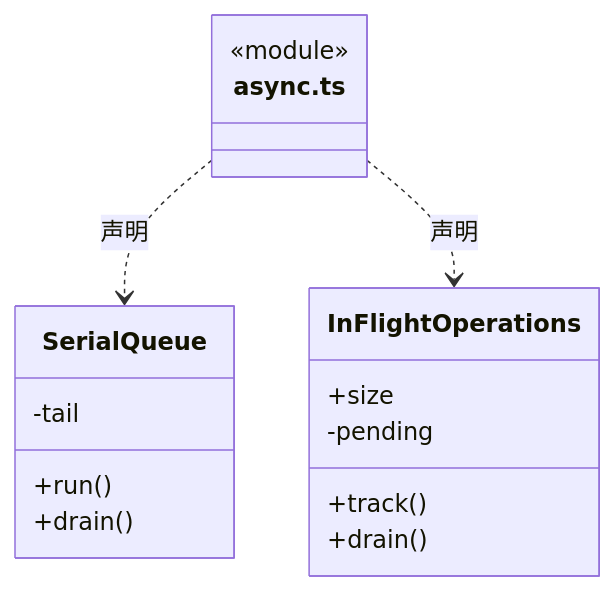
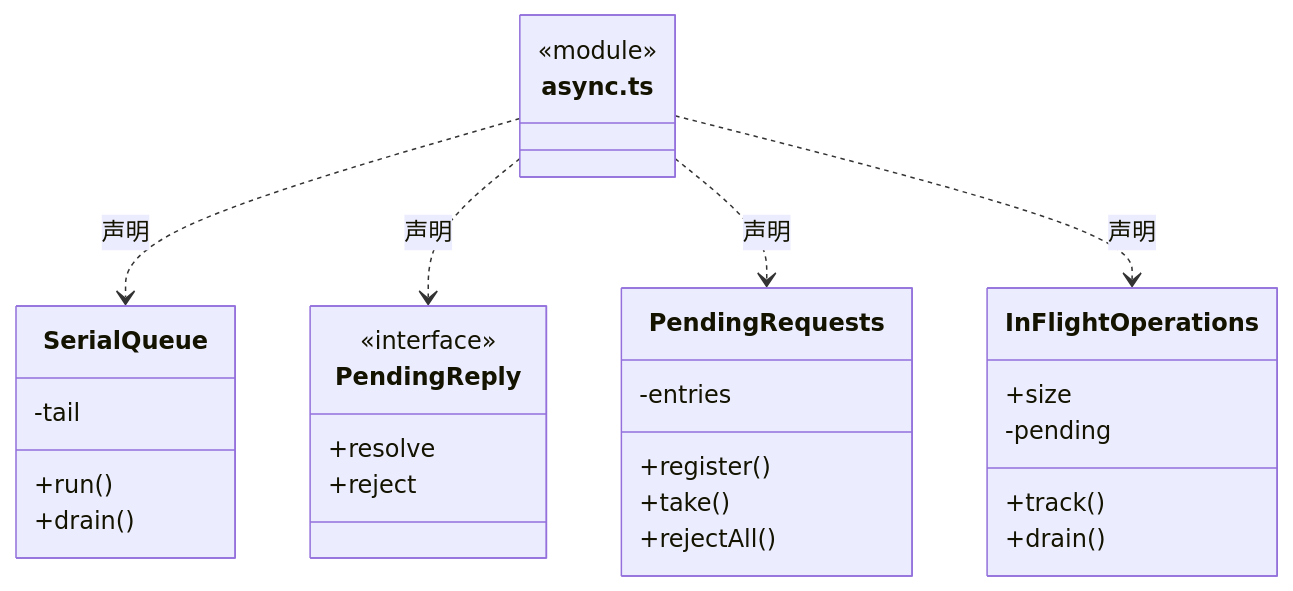
The first of 10 diagrams in src/foundations/utility/ARCHITECTURE.md (nan023062/cbim), drawn with Mermaid before and after one commit. The commit also changed other lines of this file and 24 other files, not shown here.

````diff
--- a/src/foundations/utility/ARCHITECTURE.md
+++ b/src/foundations/utility/ARCHITECTURE.md
@@ -24,19 +24,32 @@
 ```mermaid
 classDiagram
 class N_src_foundations_utility_async_ts["async.ts"] {
   <<module>>
 }
 class N_src_foundations_utility_async_ts_SerialQueue["SerialQueue"] {
   +run()
   +drain()
   -tail
 }
 N_src_foundations_utility_async_ts ..> N_src_foundations_utility_async_ts_SerialQueue : 声明
+class N_src_foundations_utility_async_ts_PendingReply["PendingReply"] {
+  <<interface>>
+  +resolve
+  +reject
+}
+N_src_foundations_utility_async_ts ..> N_src_foundations_utility_async_ts_PendingReply : 声明
+class N_src_foundations_utility_async_ts_PendingRequests["PendingRequests"] {
+  +register()
+  +take()
+  +rejectAll()
+  -entries
+}
+N_src_foundations_utility_async_ts ..> N_src_foundations_utility_async_ts_PendingRequests : 声明
 class N_src_foundations_utility_async_ts_InFlightOperations["InFlightOperations"] {
   +track()
   +size
   +drain()
   -pending
 }
 N_src_foundations_utility_async_ts ..> N_src_foundations_utility_async_ts_InFlightOperations : 声明
 ```
````
